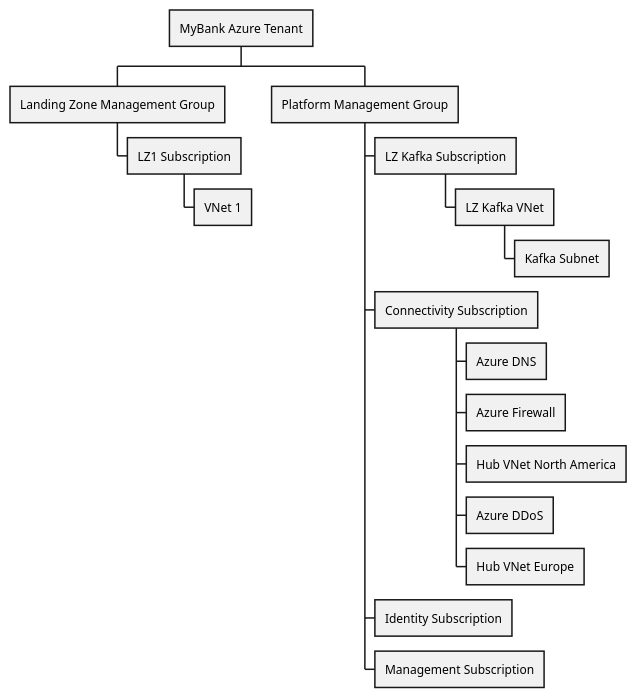
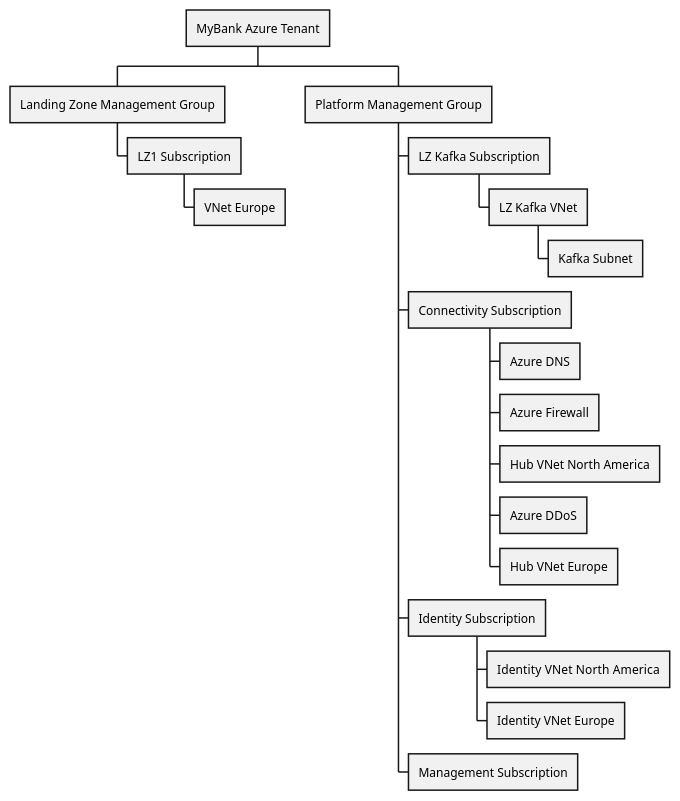
The diagram in docs/mybank/azure-deployment-structure-view.puml (soulspace-org/my-bank-model), drawn with PlantUML before and after one commit. The commit also changed 36 other files, not shown here.

```diff
--- a/docs/mybank/azure-deployment-structure-view.puml
+++ b/docs/mybank/azure-deployment-structure-view.puml
@@ -1,19 +1,21 @@
 @startwbs
 * MyBank Azure Tenant
 ** Landing Zone Management Group
 *** LZ1 Subscription
-**** VNet 1
+**** VNet Europe
 ** Platform Management Group
 *** LZ Kafka Subscription
 **** LZ Kafka VNet
 ***** Kafka Subnet
 *** Connectivity Subscription
 **** Azure DNS
 **** Azure Firewall
 **** Hub VNet North America
 **** Azure DDoS
 **** Hub VNet Europe
 *** Identity Subscription
+**** Identity  VNet North America
+**** Identity VNet Europe
 *** Management Subscription
 
 @endwbs
```
